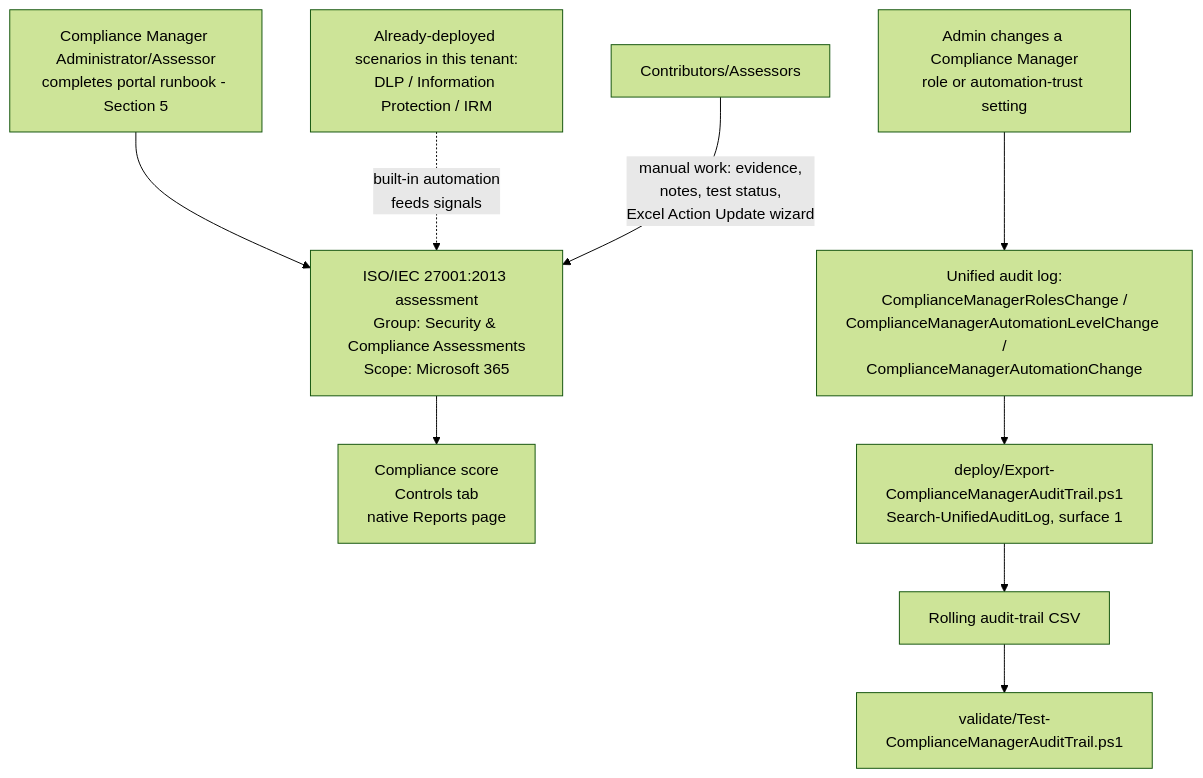
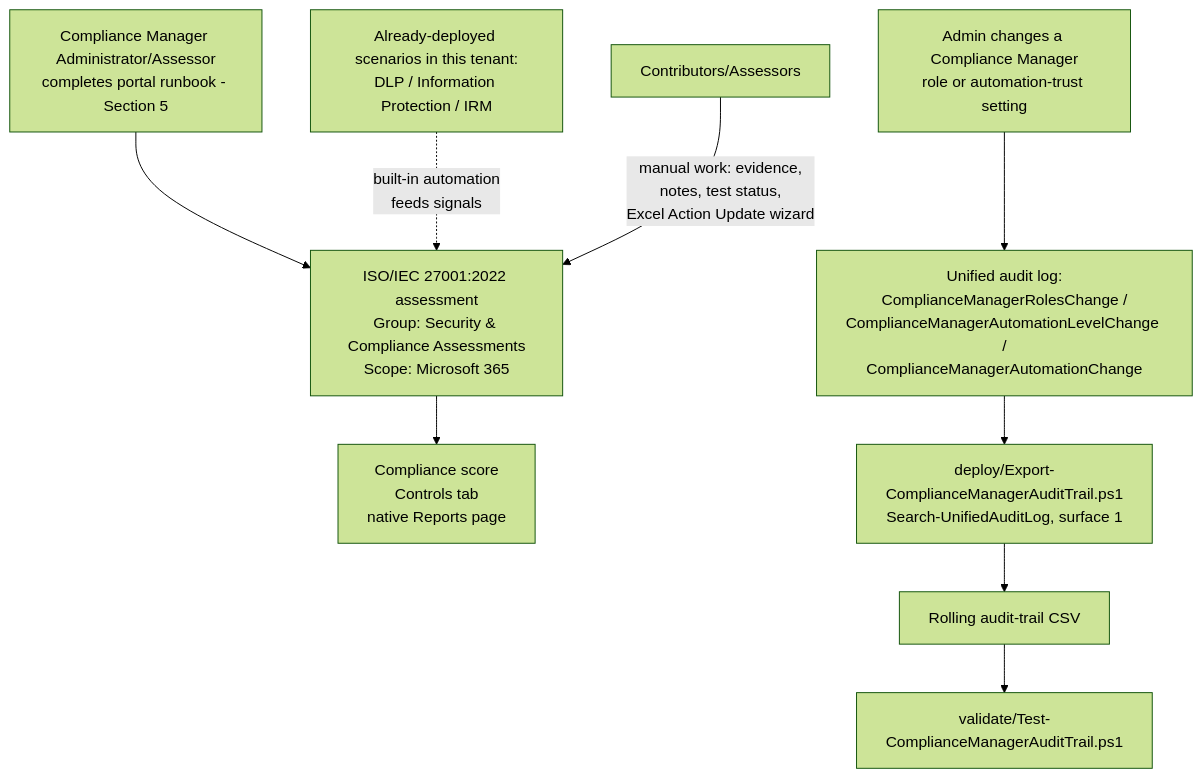
The diagram in scenarios/compliance-manager/assess-against-iso27001/README.md (kpsec1/purview-scenario-library), drawn with Mermaid (forest theme) before and after one commit. The commit also changed other lines of this file and 12 other files, not shown here.

First line of the commit message:
docs(compliance-manager): switch assess-against-iso27001 to ISO/IEC 27001:2022

````diff
--- a/scenarios/compliance-manager/assess-against-iso27001/README.md
+++ b/scenarios/compliance-manager/assess-against-iso27001/README.md
@@ -57,11 +62,11 @@
 ```mermaid
 flowchart TD
-    A[Compliance Manager Administrator/Assessor<br/>completes portal runbook - Section 5] --> B["ISO/IEC 27001:2013 assessment<br/>Group: Security & Compliance Assessments<br/>Scope: Microsoft 365"]
+    A[Compliance Manager Administrator/Assessor<br/>completes portal runbook - Section 5] --> B["ISO/IEC 27001:2022 assessment<br/>Group: Security & Compliance Assessments<br/>Scope: Microsoft 365"]
     C["Already-deployed scenarios in this tenant:<br/>DLP / Information Protection / IRM"] -.built-in automation<br/>feeds signals.-> B
     D[Contributors/Assessors] -->|manual work: evidence,<br/>notes, test status,<br/>Excel Action Update wizard| B
     B --> E[Compliance score<br/>Controls tab<br/>native Reports page]
     F["Admin changes a Compliance Manager<br/>role or automation-trust setting"] --> G["Unified audit log:<br/>ComplianceManagerRolesChange /<br/>ComplianceManagerAutomationLevelChange /<br/>ComplianceManagerAutomationChange"]
     G --> H["deploy/Export-ComplianceManagerAuditTrail.ps1<br/>Search-UnifiedAuditLog, surface 1"]
     H --> I[Rolling audit-trail CSV]
     I --> J[validate/Test-ComplianceManagerAuditTrail.ps1]
 ```
````
